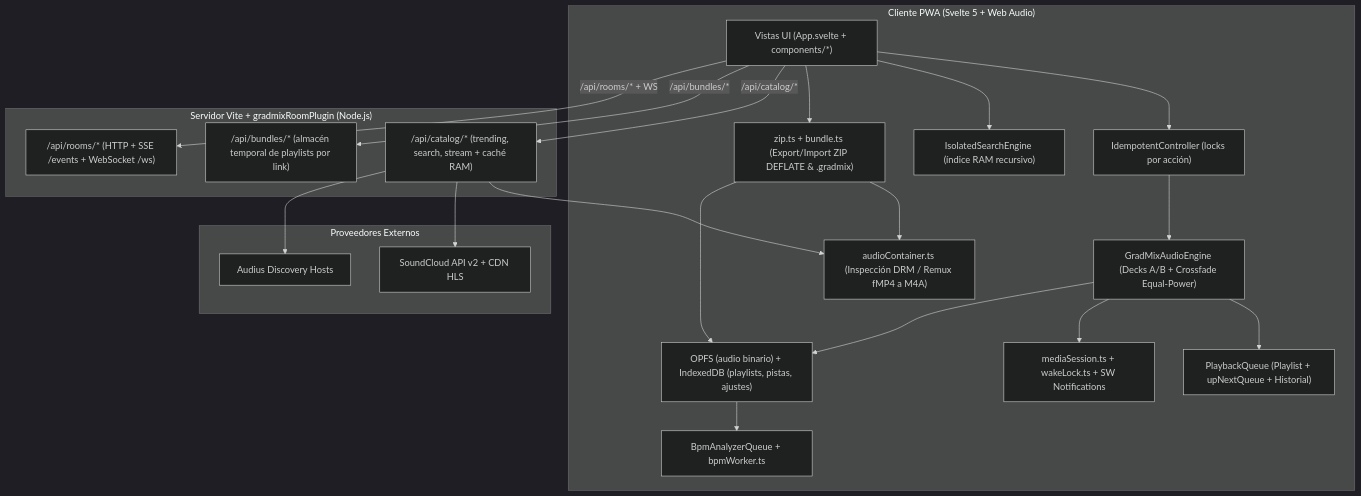
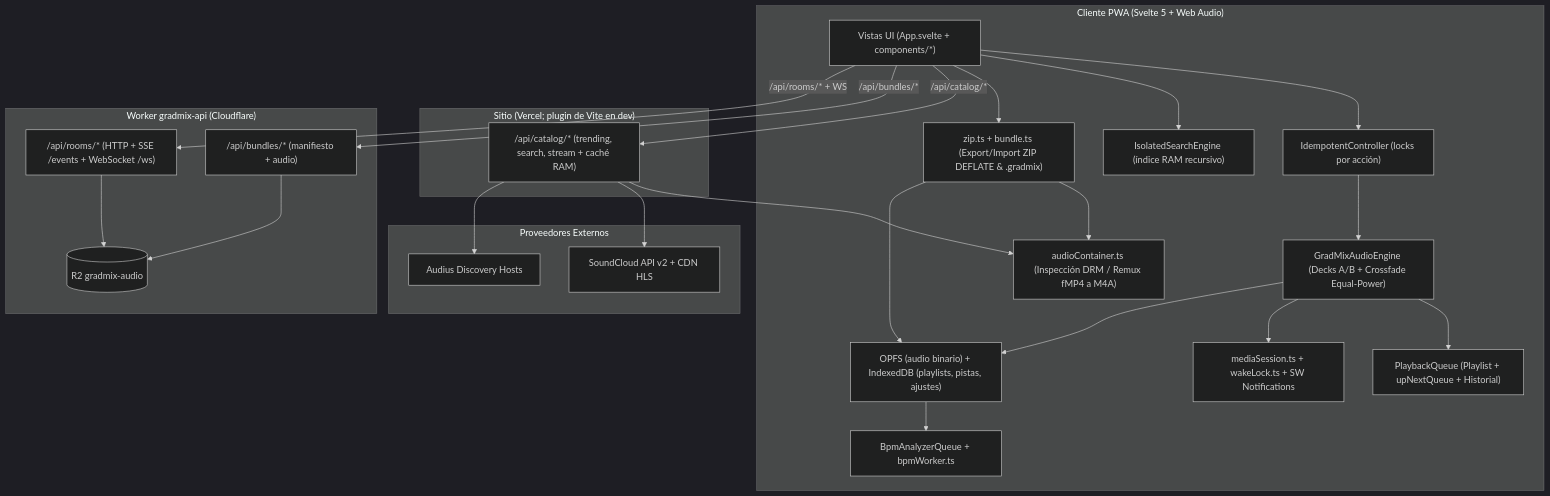
Before and after one commit to aruiz3122004/DjARC: the diagram in README.md, drawn with Mermaid (dark theme). The commit also changed other lines of this file and 7 other files, not shown here.

First line of the commit message:
refactor(dev): unificar el backend de desarrollo con el Worker de Cloudflare

````diff
--- a/README.md
+++ b/README.md
@@ -40,43 +41,49 @@
 ```mermaid
 flowchart TB
     subgraph Client["Cliente PWA (Svelte 5 + Web Audio)"]
         UI["Vistas UI (App.svelte + components/*)"]
         IDEM["IdempotentController (locks por acción)"]
         SEARCH["IsolatedSearchEngine (índice RAM recursivo)"]
         ENGINE["GradMixAudioEngine (Decks A/B + Crossfade Equal-Power)"]
         QUEUE["PlaybackQueue (Playlist + upNextQueue + Historial)"]
         CONT["audioContainer.ts (Inspección DRM / Remux fMP4 a M4A)"]
         ZIP["zip.ts + bundle.ts (Export/Import ZIP DEFLATE & .gradmix)"]
         BPM["BpmAnalyzerQueue + bpmWorker.ts"]
         MEDIA["mediaSession.ts + wakeLock.ts + SW Notifications"]
         STORE["OPFS (audio binario) + IndexedDB (playlists, pistas, ajustes)"]
     end
 
-    subgraph Server["Servidor Vite + gradmixRoomPlugin (Node.js)"]
+    subgraph Site["Sitio (Vercel; plugin de Vite en dev)"]
         API_CAT["/api/catalog/* (trending, search, stream + caché RAM)"]
-        API_BND["/api/bundles/* (almacén temporal de playlists por link)"]
+    end
+
+    subgraph Worker["Worker gradmix-api (Cloudflare)"]
         API_ROOM["/api/rooms/* (HTTP + SSE /events + WebSocket /ws)"]
+        API_BND["/api/bundles/* (manifiesto + audio)"]
+        R2[("R2 gradmix-audio")]
     end
 
     subgraph External["Proveedores Externos"]
         SC["SoundCloud API v2 + CDN HLS"]
         AU["Audius Discovery Hosts"]
     end
 
     UI --> IDEM
     IDEM --> ENGINE
     UI --> SEARCH
     ENGINE --> QUEUE
     ENGINE --> MEDIA
     ENGINE --> STORE
     UI --> ZIP
     ZIP --> CONT
     ZIP --> STORE
     STORE --> BPM
     UI -->|"/api/catalog/*"| API_CAT
     UI -->|"/api/bundles/*"| API_BND
     UI -->|"/api/rooms/* + WS"| API_ROOM
+    API_BND --> R2
+    API_ROOM --> R2
     API_CAT --> CONT
     API_CAT --> SC
     API_CAT --> AU
 ```
````
